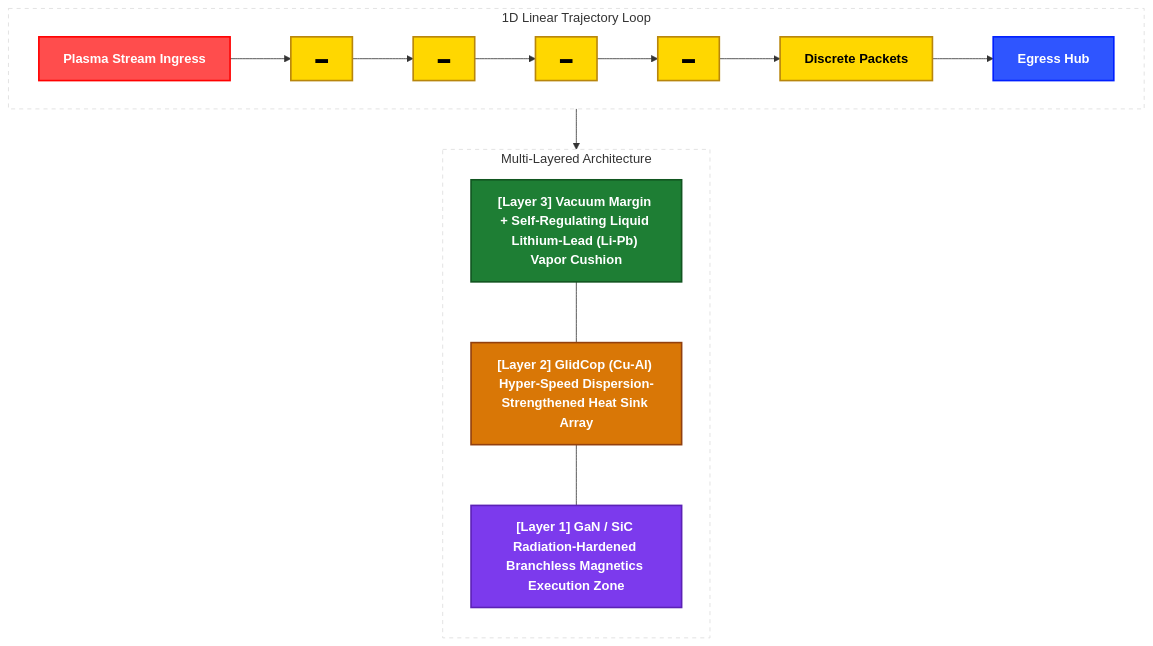
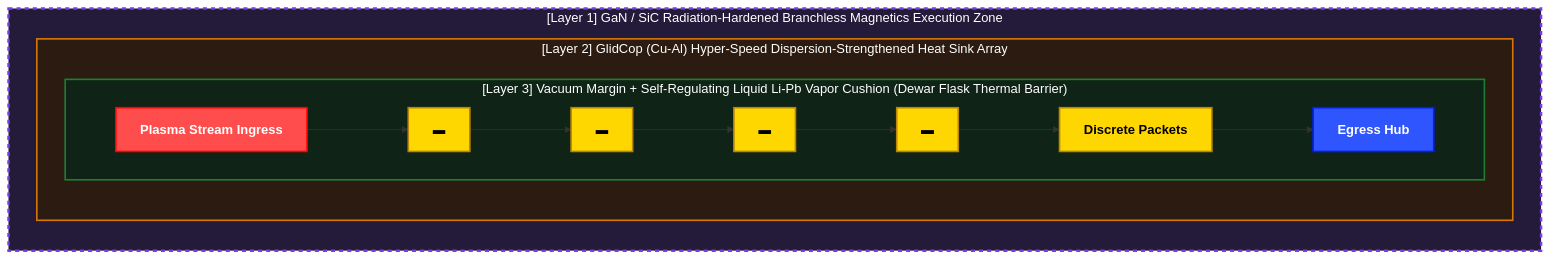
The diagram in docs/System_Specs.md (PJHkorea/discrete-filament-router-KR), drawn with Mermaid before and after one commit.

````diff
--- a/docs/System_Specs.md
+++ b/docs/System_Specs.md
@@ -16,41 +16,39 @@
 ```mermaid
-graph TD
-    %% 스타일 정의 (가시성 극대화)
+graph TB
+    %% 스타일 정의 (가시성 및 대비 극대화)
     classDef ingress fill:#FF4D4D,stroke:#FF0000,stroke-width:2px,color:#FFFFFF,font-weight:bold;
     classDef egress fill:#2F55FF,stroke:#001FFF,stroke-width:2px,color:#FFFFFF,font-weight:bold;
     classDef packet fill:#FFD700,stroke:#B8860B,stroke-width:2px,color:#000000,font-weight:bold;
     classDef layer3 fill:#1E7E34,stroke:#115520,stroke-width:2px,color:#FFFFFF,font-weight:bold;
     classDef layer2 fill:#D97706,stroke:#92400E,stroke-width:2px,color:#FFFFFF,font-weight:bold;
     classDef layer1 fill:#7C3AED,stroke:#5B21B6,stroke-width:2px,color:#FFFFFF,font-weight:bold;
 
-    %% 1D 선형 트랙 (상단 흐름) - 특수문자 화살표를 표준 '-->' 기호로 전면 수정
-    subgraph Stream ["1D Linear Trajectory Loop"]
-        direction LR
-        Ingress[Plasma Stream Ingress] --> P1["▬"] --> P2["▬"] --> P3["▬"] --> P4["▬"] --> Packets[Discrete Packets] --> Egress[Egress Hub]
+    %% 최외곽 계층: 전자기 제어존 (물리벽 관통 전자기 필드 방사 의미 부여)
+    subgraph L1 ["[Layer 1] GaN / SiC Radiation-Hardened Branchless Magnetics Execution Zone"]
+        direction TB
+        
+        %% 중간 계층: 열 회수 냉각판
+        subgraph L2 ["[Layer 2] GlidCop (Cu-Al) Hyper-Speed Dispersion-Strengthened Heat Sink Array"]
+            direction TB
+            
+            %% 내부 계층: 리튬 보온병 장벽
+            subgraph L3 ["[Layer 3] Vacuum Margin + Self-Regulating Liquid Li-Pb Vapor Cushion (Dewar Flask Thermal Barrier)"]
+                direction LR
+                
+                %% 최중심축: 1D 선형 트랙 파이프라인
+                Ingress[Plasma Stream Ingress] --> P1["▬"] --> P2["▬"] --> P3["▬"] --> P4["▬"] --> Packets[Discrete Packets] --> Egress[Egress Hub]
+            end
+        end
     end
-
-    %% 하드웨어 물리 계층 (하단 적층)
-    subgraph Layers ["Multi-Layered Architecture"]
-        direction TB
-        L3["[Layer 3] Vacuum Margin + Self-Regulating Liquid Lithium-Lead (Li-Pb) Vapor Cushion"]
-        ---
-        L2["[Layer 2] GlidCop (Cu-Al) Hyper-Speed Dispersion-Strengthened Heat Sink Array"]
-        ---
-        L1["[Layer 1] GaN / SiC Radiation-Hardened Branchless Magnetics Execution Zone"]
-    end
-
-    %% 상하 관계 연결
-    Stream --> Layers
 
     %% 클래스 적용
     class Ingress ingress;
     class Egress egress;
     class P1,P2,P3,P4,Packets packet;
-    class L3 layer3;
-    class L2 layer2;
-    class L1 layer1;
+    
+    %% 컨테이너 스타일링 (동심원 적층 가시화)
+    style L1 fill:#241A3A,stroke:#7C3AED,stroke-width:3px,stroke-dasharray: 5 5,color:#FFFFFF;
+    style L2 fill:#2C1B10,stroke:#D97706,stroke-width:2px,color:#FFFFFF;
+    style L3 fill:#0F2416,stroke:#1E7E34,stroke-width:2px,color:#FFFFFF;
 
-    %% 컨테이너 스타일
-    style Stream fill:none,stroke:#DDDDDD,stroke-width:1px,stroke-dasharray: 5 5;
-    style Layers fill:none,stroke:#DDDDDD,stroke-width:1px,stroke-dasharray: 5 5;
 ```
````
